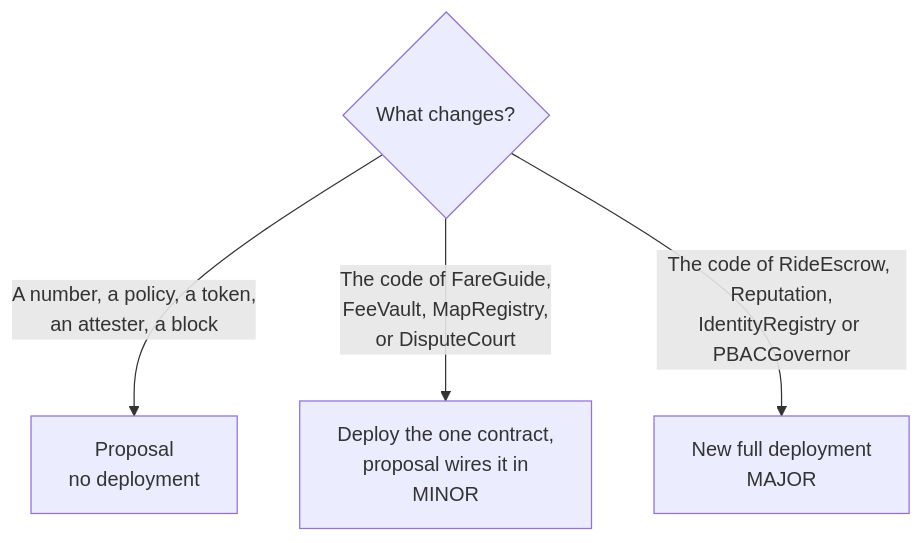
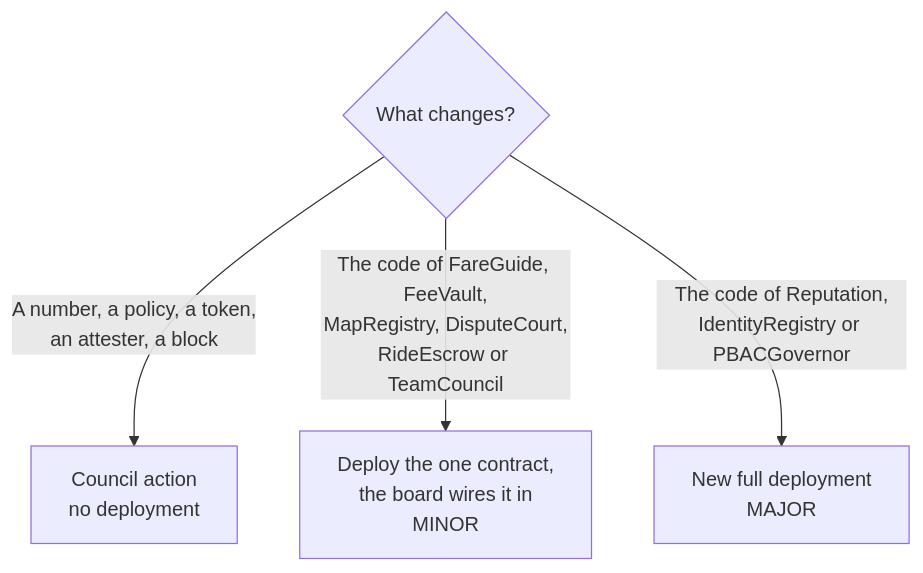
One commit to MuriloSchaefer/klippelgo changed the second of 2 diagrams in contracts/docs/deployment.md. Above: the diagram before and after it, drawn with Mermaid. The commit also changed other lines of this file and 34 other files, not shown here.

````diff
--- a/contracts/docs/deployment.md
+++ b/contracts/docs/deployment.md
@@ -247,7 +249,7 @@
 ```mermaid
 flowchart TD
     q{What changes?}
-    q -- "A number, a policy, a token,<br/>an attester, a block" --> p[Proposal<br/>no deployment]
-    q -- "The code of FareGuide,<br/>FeeVault, MapRegistry,<br/>or DisputeCourt" --> m[Deploy the one contract,<br/>proposal wires it in<br/>MINOR]
-    q -- "The code of RideEscrow, Reputation,<br/>IdentityRegistry or PBACGovernor" --> v[New full deployment<br/>MAJOR]
+    q -- "A number, a policy, a token,<br/>an attester, a block" --> p[Council action<br/>no deployment]
+    q -- "The code of FareGuide, FeeVault,<br/>MapRegistry, DisputeCourt,<br/>RideEscrow or TeamCouncil" --> m[Deploy the one contract,<br/>the board wires it in<br/>MINOR]
+    q -- "The code of Reputation,<br/>IdentityRegistry or PBACGovernor" --> v[New full deployment<br/>MAJOR]
 ```
````
